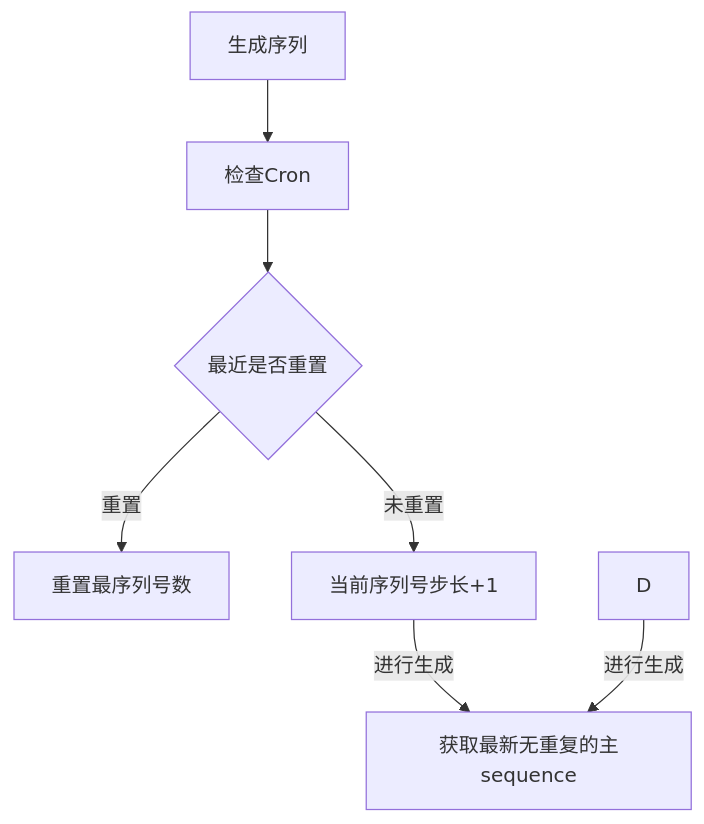
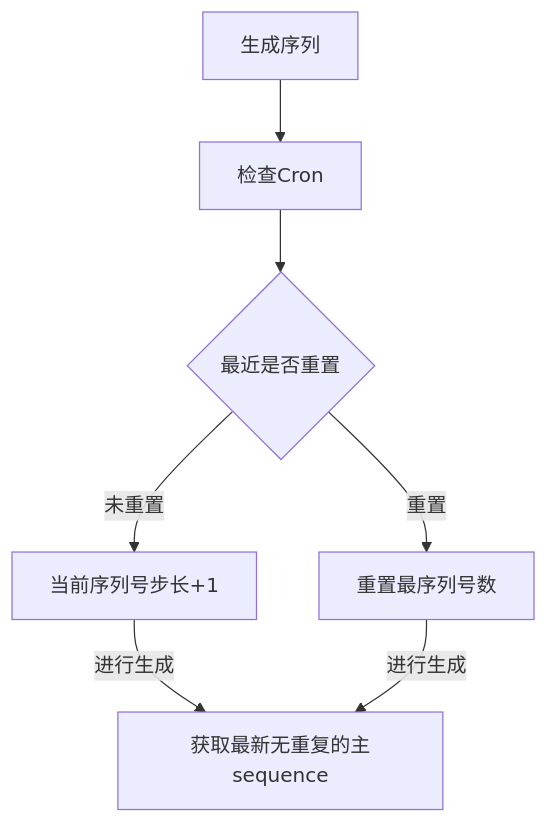
One commit to zBo1997/Theta changed the diagram in README.md. Above: the diagram before and after it, drawn with Mermaid.

````diff
--- a/README.md
+++ b/README.md
@@ -33,9 +33,9 @@
 ```mermaid
 graph TD
 A[生成序列] --> B[检查Cron]
 B --> C{最近是否重置}
-C -->|重置| DD[重置最序列号数]
+C -->|重置| D[重置最序列号数]
 C -->|未重置| E[当前序列号步长+1]
 E -->|进行生成| F[获取最新无重复的主sequence]
 D -->|进行生成| F[获取最新无重复的主sequence]
 ```
````
